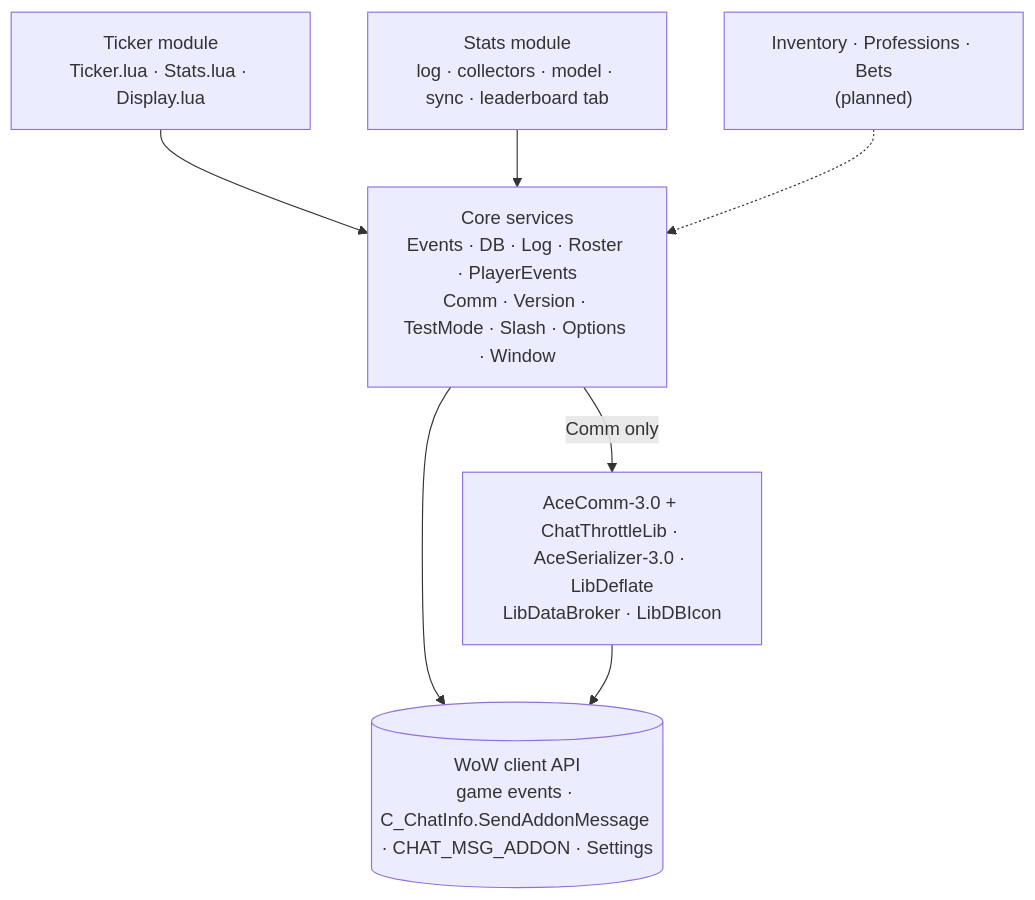
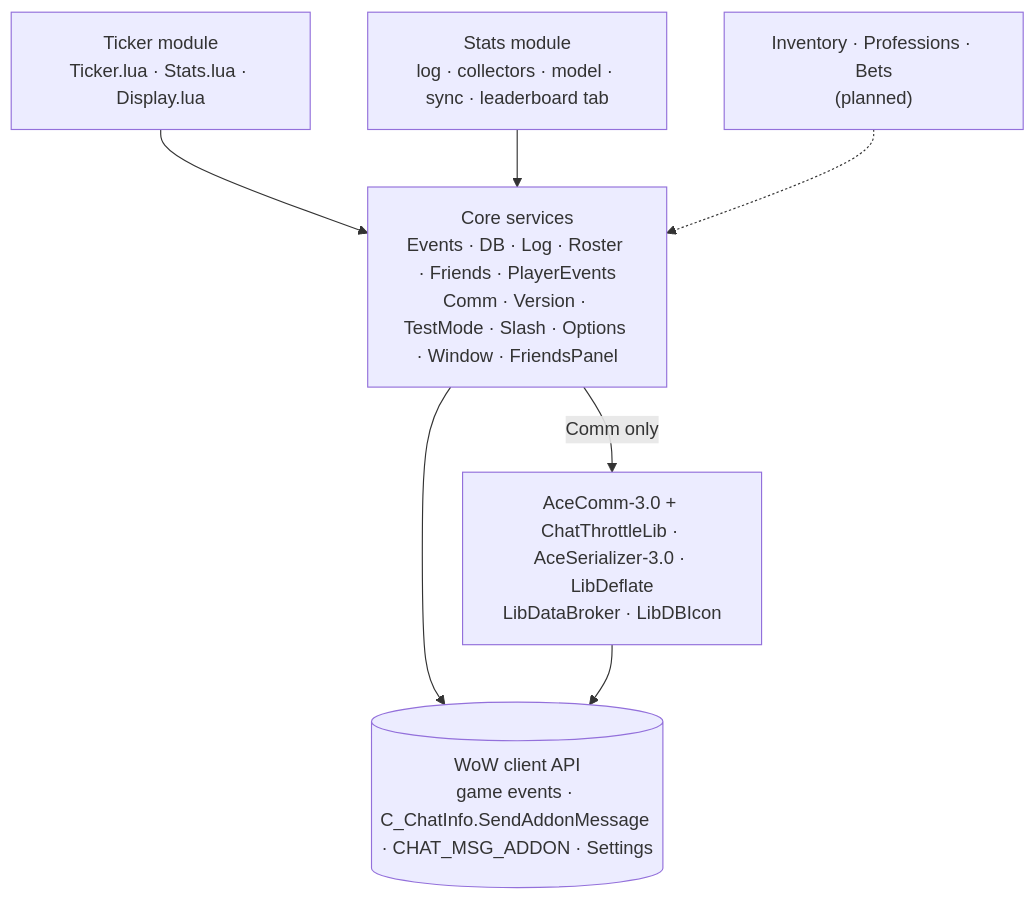
The first of 7 diagrams in ARCHITECTURE.md (snoopjust/LooserPiml), drawn with Mermaid before and after one commit. The commit also changed other lines of this file and 1 other file, not shown here.

First line of the commit message:
Document the friends-only communication rule

````diff
--- a/ARCHITECTURE.md
+++ b/ARCHITECTURE.md
@@ -20,15 +24,15 @@
 ```mermaid
 flowchart TB
     Ticker["Ticker module<br/>Ticker.lua · Stats.lua · Display.lua"]
     Stats["Stats module<br/>log · collectors · model · sync · leaderboard tab"]
     Future["Inventory · Professions · Bets<br/>(planned)"]
-    Core["Core services<br/>Events · DB · Log · Roster · PlayerEvents<br/>Comm · Version · TestMode · Slash · Options · Window"]
+    Core["Core services<br/>Events · DB · Log · Roster · Friends · PlayerEvents<br/>Comm · Version · TestMode · Slash · Options · Window · FriendsPanel"]
     Libs["AceComm-3.0 + ChatThrottleLib · AceSerializer-3.0 · LibDeflate<br/>LibDataBroker · LibDBIcon"]
     API[("WoW client API<br/>game events · C_ChatInfo.SendAddonMessage · CHAT_MSG_ADDON · Settings")]
     Ticker --> Core
     Stats --> Core
     Future -.-> Core
     Core -->|"Comm only"| Libs
     Core --> API
     Libs --> API
 ```
````
